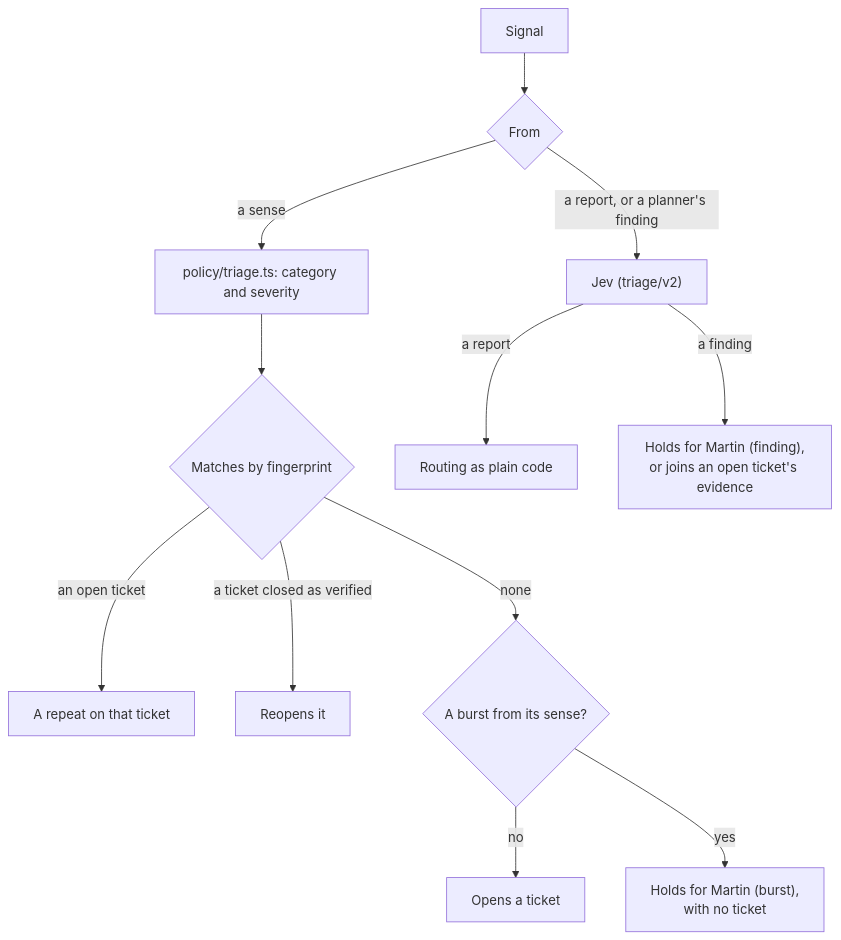
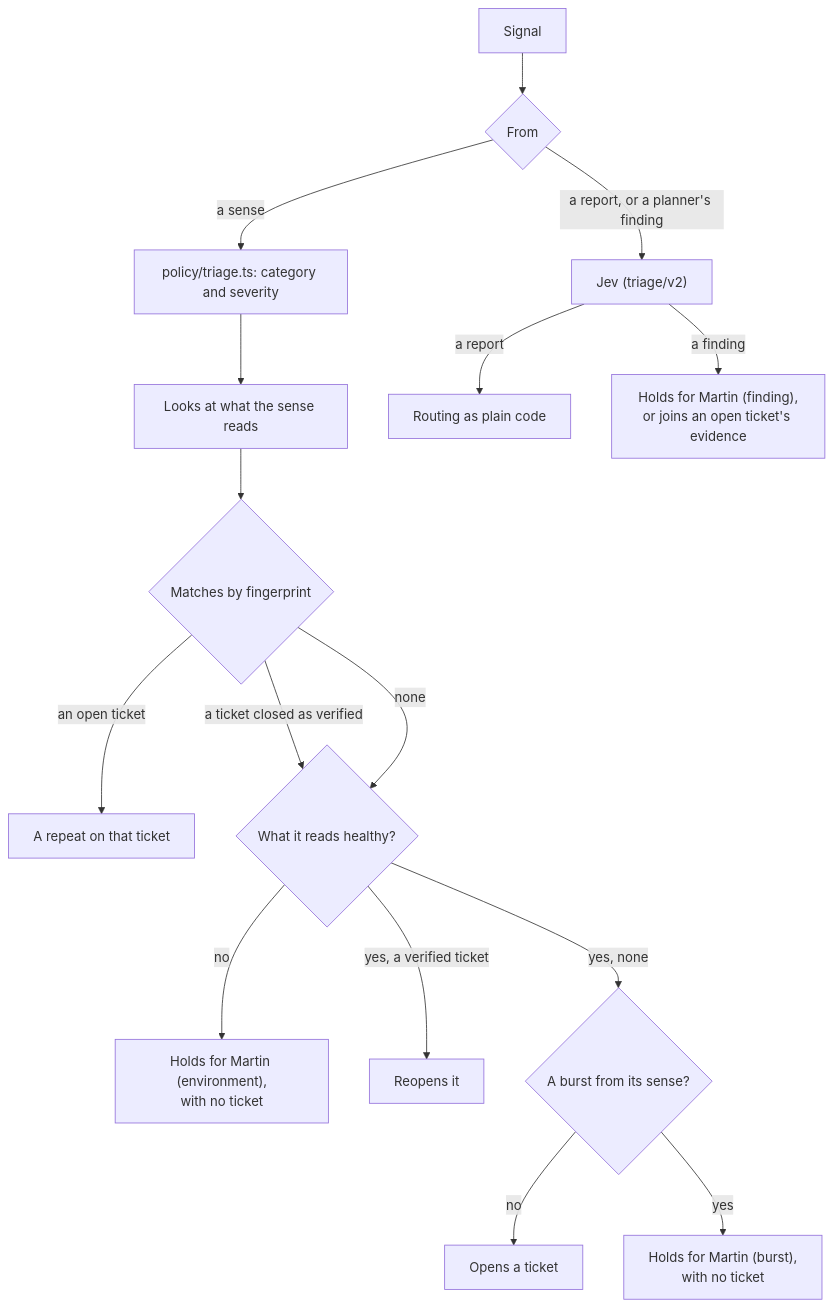
One commit to mrogan/cv-software-factory changed the diagram in docs/COMPONENTS/TRIAGE.md. Above: the diagram before and after it, drawn with Mermaid. The commit also changed other lines of this file and 24 other files, not shown here.

````diff
--- a/docs/COMPONENTS/TRIAGE.md
+++ b/docs/COMPONENTS/TRIAGE.md
@@ -9,14 +9,18 @@
 ```mermaid
 flowchart TD
   signal[Signal] --> kind{From}
   kind -- a sense --> policy["policy/triage.ts: category and severity"]
   kind -- "a report, or a planner's finding" --> jev["Jev (triage/v2)"]
-  policy --> match{Matches by fingerprint}
+  policy --> look["Looks at what the sense reads"]
+  look --> match{Matches by fingerprint}
   match -- an open ticket --> repeat[A repeat on that ticket]
-  match -- "a ticket closed as verified" --> reopen[Reopens it]
-  match -- none --> burst{"A burst from its sense?"}
+  match -- "a ticket closed as verified" --> healthy{"What it reads healthy?"}
+  match -- none --> healthy
+  healthy -- no --> environmentHold["Holds for Martin (environment),<br>with no ticket"]
+  healthy -- "yes, a verified ticket" --> reopen[Reopens it]
+  healthy -- "yes, none" --> burst{"A burst from its sense?"}
   burst -- no --> open[Opens a ticket]
   burst -- yes --> burstHold["Holds for Martin (burst),<br>with no ticket"]
   jev -- a report --> route["Routing as plain code"]
   jev -- a finding --> held["Holds for Martin (finding),<br>or joins an open ticket's evidence"]
 ```
````
